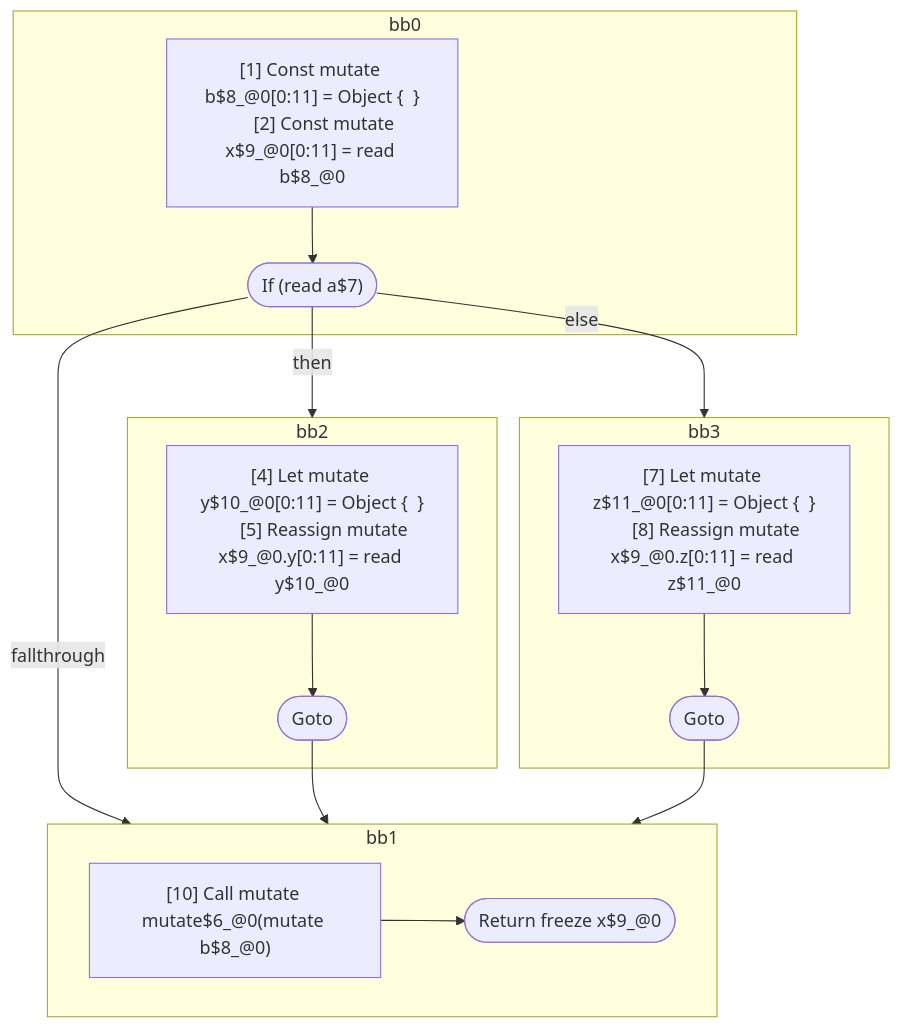
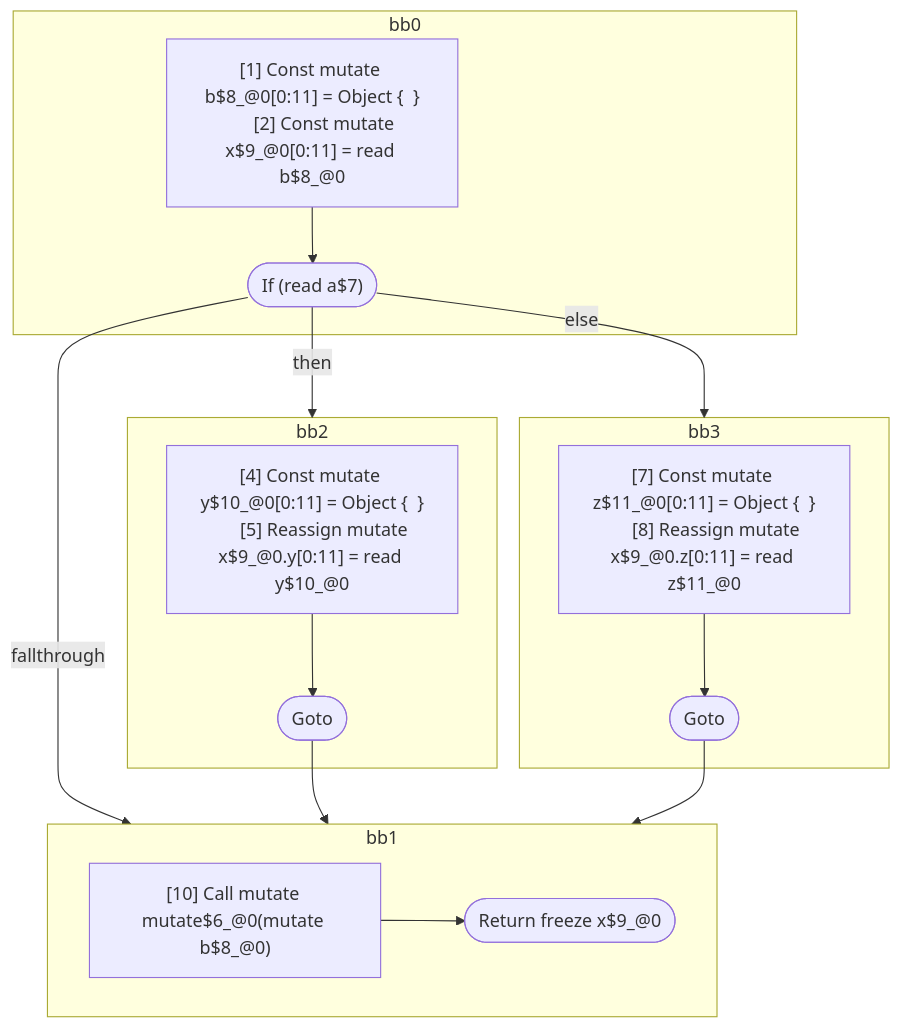
Before and after one commit to wutsmog/private: the diagram in compiler/forget/src/__tests__/fixtures/hir/ssa-property-alias-alias-mutate-if.expect.md, drawn with Mermaid. The commit also changed other lines of this file and 61 other files, not shown here.

````diff
--- a/compiler/forget/src/__tests__/fixtures/hir/ssa-property-alias-alias-mutate-if.expect.md
+++ b/compiler/forget/src/__tests__/fixtures/hir/ssa-property-alias-alias-mutate-if.expect.md
@@ -47,39 +47,39 @@
 ```mermaid
 flowchart TB
   %% Basic Blocks
   subgraph bb0
     bb0_instrs["
       [1] Const mutate b$8_@0[0:11] = Object {  }
       [2] Const mutate x$9_@0[0:11] = read b$8_@0
     "]
     bb0_instrs --> bb0_terminal(["If (read a$7)"])
   end
   subgraph bb2
     bb2_instrs["
-      [4] Let mutate y$10_@0[0:11] = Object {  }
+      [4] Const mutate y$10_@0[0:11] = Object {  }
       [5] Reassign mutate x$9_@0.y[0:11] = read y$10_@0
     "]
     bb2_instrs --> bb2_terminal(["Goto"])
   end
   subgraph bb3
     bb3_instrs["
-      [7] Let mutate z$11_@0[0:11] = Object {  }
+      [7] Const mutate z$11_@0[0:11] = Object {  }
       [8] Reassign mutate x$9_@0.z[0:11] = read z$11_@0
     "]
     bb3_instrs --> bb3_terminal(["Goto"])
   end
   subgraph bb1
     bb1_instrs["
       [10] Call mutate mutate$6_@0(mutate b$8_@0)
     "]
     bb1_instrs --> bb1_terminal(["Return freeze x$9_@0"])
   end
 
   %% Jumps
   bb0_terminal -- "then" --> bb2
   bb0_terminal -- "else" --> bb3
   bb0_terminal -- "fallthrough" --> bb1
   bb2_terminal --> bb1
   bb3_terminal --> bb1
 
 ```
````
